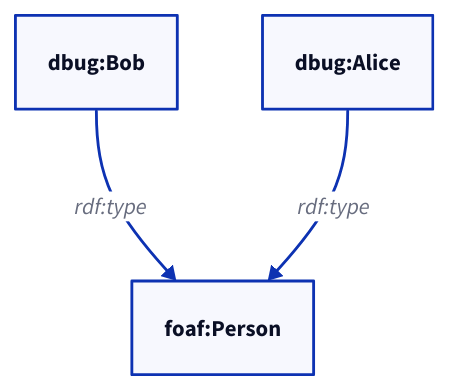
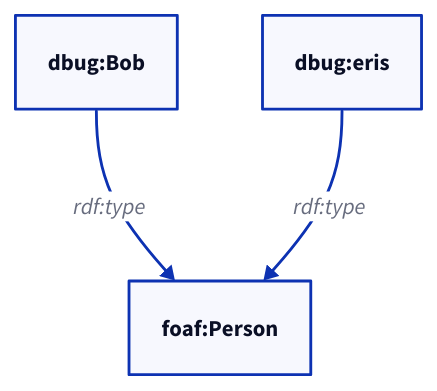
The diagram in Source-code/Host-environment/Common-Language-Runtime/FSharp/Project/MyProvider/test_graph.d2 (eristocrates/ipa), drawn with D2 before and after one commit. The commit also changed 47 other files, not shown here.

```diff
--- a/Source-code/Host-environment/Common-Language-Runtime/FSharp/Project/MyProvider/test_graph.d2
+++ b/Source-code/Host-environment/Common-Language-Runtime/FSharp/Project/MyProvider/test_graph.d2
@@ -1,2 +1,2 @@
 dbug\:Bob -> foaf\:Person : rdf\:type
-dbug\:Alice -> foaf\:Person : rdf\:type
+dbug\:eris -> foaf\:Person : rdf\:type
```
